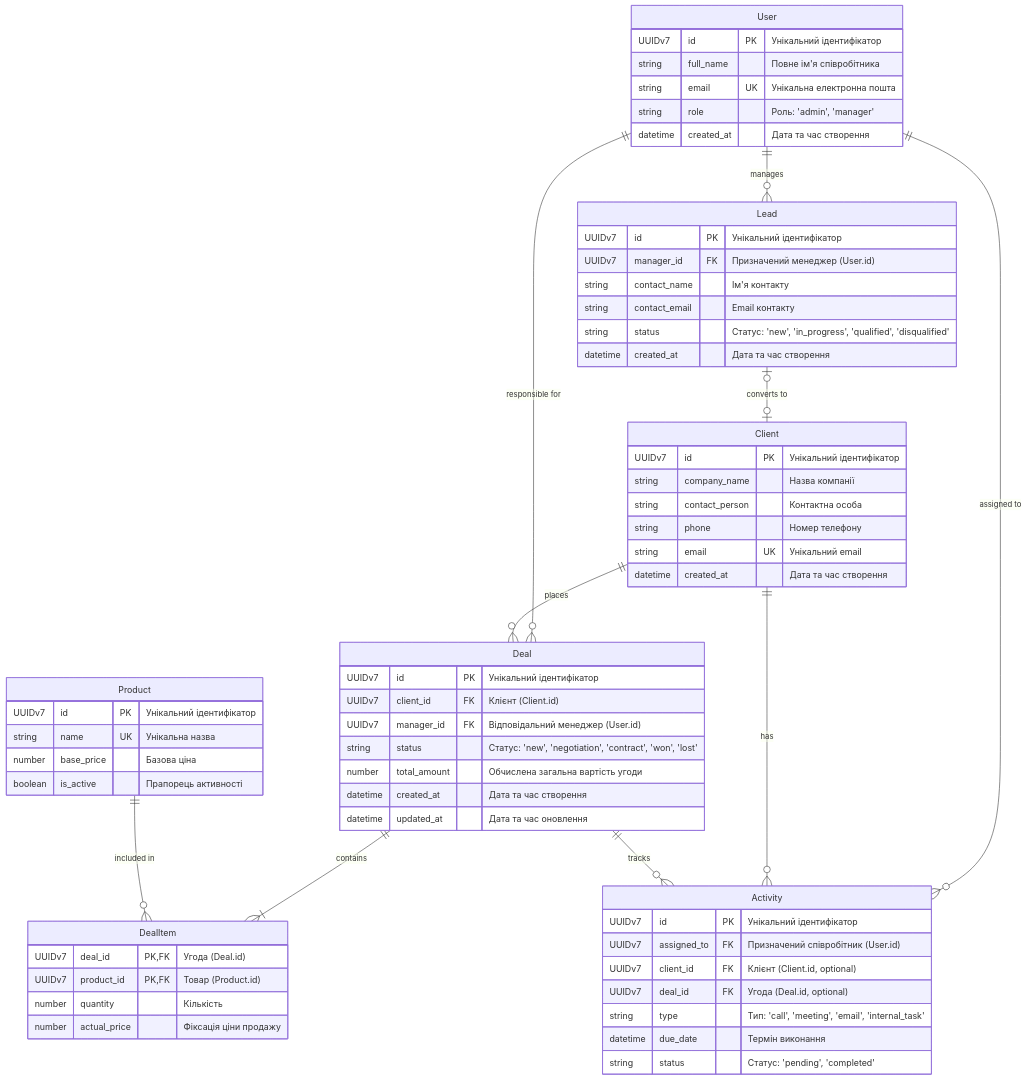
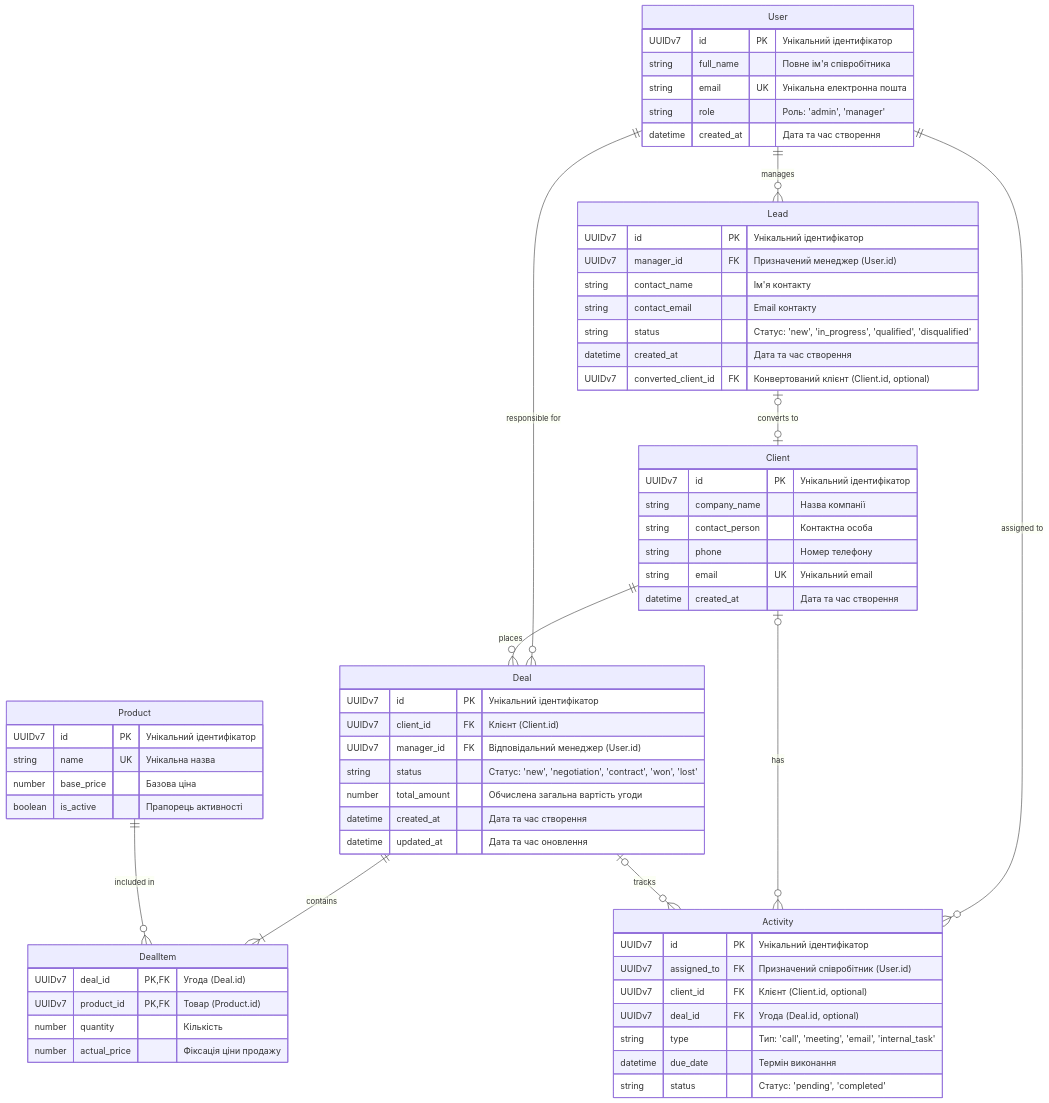
The diagram in lab1/model/er-diagram.mmd (young3rrrr/-----), drawn with Mermaid before and after one commit. The commit also changed 2 other files, not shown here.

Commit message:
agent commit: update ER diagram with optional relations and lead conversion attribute

```diff
--- a/lab1/model/er-diagram.mmd
+++ b/lab1/model/er-diagram.mmd
@@ -1,70 +1,71 @@
 erDiagram
     User ||--o{ Lead : "manages"
     User ||--o{ Deal : "responsible for"
     User ||--o{ Activity : "assigned to"
     Lead |o--o| Client : "converts to"
     Client ||--o{ Deal : "places"
     Deal ||--|{ DealItem : "contains"
     Product ||--o{ DealItem : "included in"
-    Client ||--o{ Activity : "has"
-    Deal ||--o{ Activity : "tracks"
+    Client |o--o{ Activity : "has"
+    Deal |o--o{ Activity : "tracks"
 
     User {
         UUIDv7 id PK "Унікальний ідентифікатор"
         string full_name "Повне ім'я співробітника"
         string email UK "Унікальна електронна пошта"
         string role "Роль: 'admin', 'manager'"
         datetime created_at "Дата та час створення"
     }
 
     Lead {
         UUIDv7 id PK "Унікальний ідентифікатор"
         UUIDv7 manager_id FK "Призначений менеджер (User.id)"
         string contact_name "Ім'я контакту"
         string contact_email "Email контакту"
         string status "Статус: 'new', 'in_progress', 'qualified', 'disqualified'"
         datetime created_at "Дата та час створення"
+        UUIDv7 converted_client_id FK "Конвертований клієнт (Client.id, optional)"
     }
 
     Client {
         UUIDv7 id PK "Унікальний ідентифікатор"
         string company_name "Назва компанії"
         string contact_person "Контактна особа"
         string phone "Номер телефону"
         string email UK "Унікальний email"
         datetime created_at "Дата та час створення"
     }
 
     Deal {
         UUIDv7 id PK "Унікальний ідентифікатор"
         UUIDv7 client_id FK "Клієнт (Client.id)"
         UUIDv7 manager_id FK "Відповідальний менеджер (User.id)"
         string status "Статус: 'new', 'negotiation', 'contract', 'won', 'lost'"
         number total_amount "Обчислена загальна вартість угоди"
         datetime created_at "Дата та час створення"
         datetime updated_at "Дата та час оновлення"
     }
 
     Product {
         UUIDv7 id PK "Унікальний ідентифікатор"
         string name UK "Унікальна назва"
         number base_price "Базова ціна"
         boolean is_active "Прапорець активності"
     }
 
     DealItem {
         UUIDv7 deal_id PK, FK "Угода (Deal.id)"
         UUIDv7 product_id PK, FK "Товар (Product.id)"
         number quantity "Кількість"
         number actual_price "Фіксація ціни продажу"
     }
 
     Activity {
         UUIDv7 id PK "Унікальний ідентифікатор"
         UUIDv7 assigned_to FK "Призначений співробітник (User.id)"
         UUIDv7 client_id FK "Клієнт (Client.id, optional)"
         UUIDv7 deal_id FK "Угода (Deal.id, optional)"
         string type "Тип: 'call', 'meeting', 'email', 'internal_task'"
         datetime due_date "Термін виконання"
         string status "Статус: 'pending', 'completed'"
     }
```
